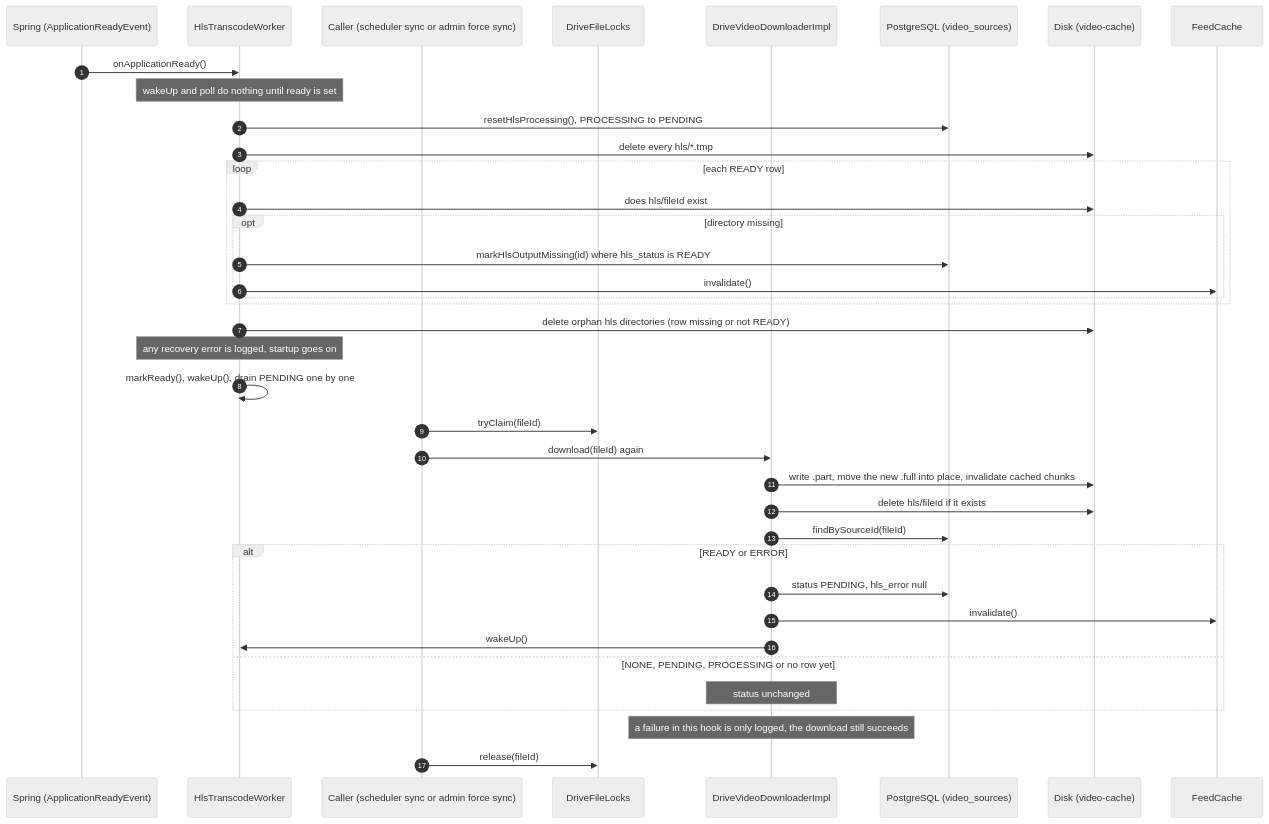
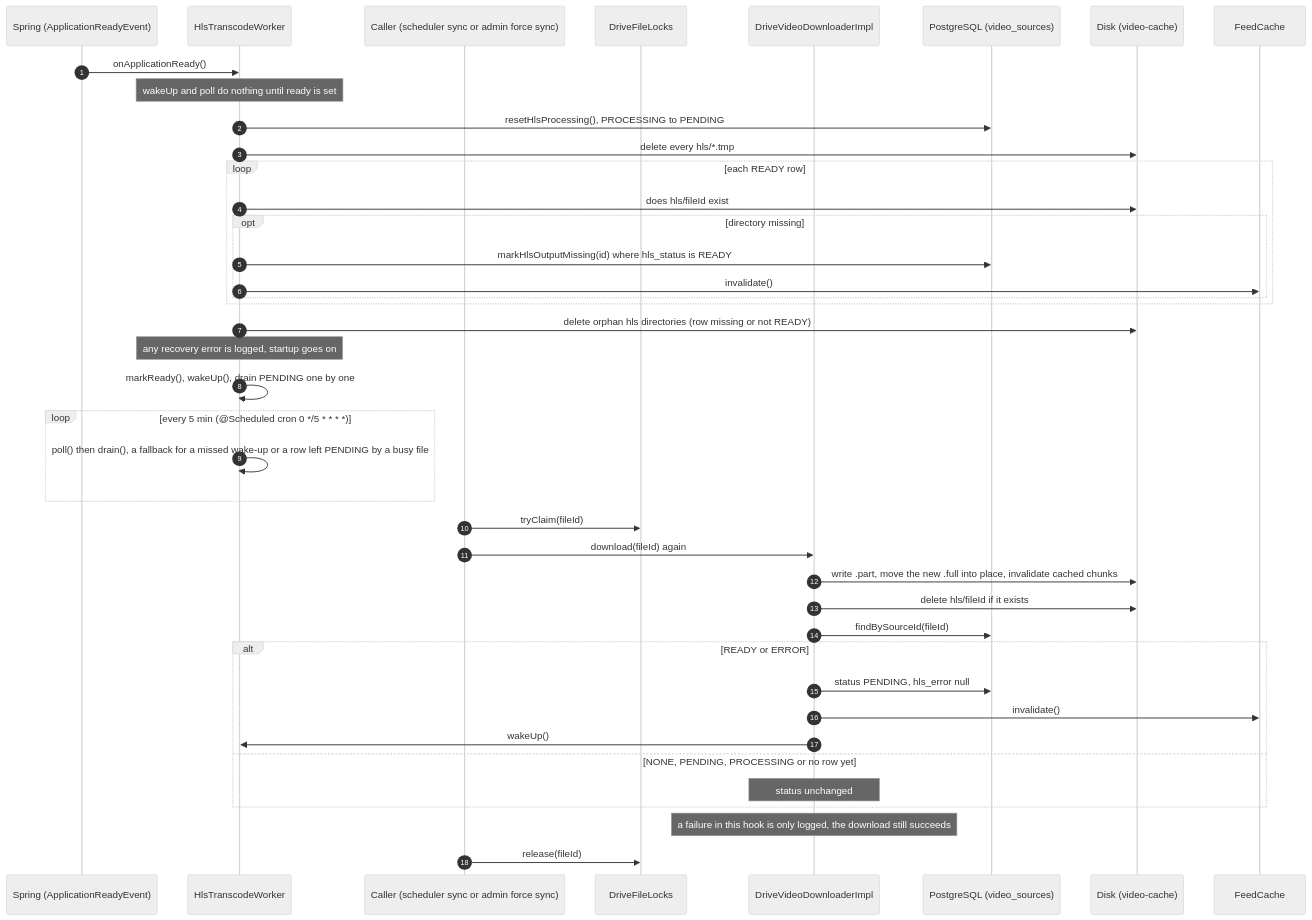
The sixth of 6 diagrams in docs/sequence/sequence-hls-streaming.md (nguyenhuuca/assessment), drawn with Mermaid (neutral theme) before and after one commit. The commit also changed other lines of this file and 16 other files, not shown here.

First line of the commit message:
docs(sequence): bring all sequence diagrams in line with the current code

````diff
--- a/docs/sequence/sequence-hls-streaming.md
+++ b/docs/sequence/sequence-hls-streaming.md
@@ -275,42 +291,45 @@
 ```mermaid
 sequenceDiagram
     autonumber
     participant App as Spring (ApplicationReadyEvent)
     participant W as HlsTranscodeWorker
     participant C as Caller (scheduler sync or admin force sync)
     participant L as DriveFileLocks
     participant D as DriveVideoDownloaderImpl
     participant DB as PostgreSQL (video_sources)
     participant FS as Disk (video-cache)
     participant FC as FeedCache
 
     App->>W: onApplicationReady()
     Note over W: wakeUp and poll do nothing until ready is set
     W->>DB: resetHlsProcessing(), PROCESSING to PENDING
     W->>FS: delete every hls/*.tmp
     loop each READY row
         W->>FS: does hls/fileId exist
         opt directory missing
             W->>DB: markHlsOutputMissing(id) where hls_status is READY
             W->>FC: invalidate()
         end
     end
     W->>FS: delete orphan hls directories (row missing or not READY)
     Note over W: any recovery error is logged, startup goes on
     W->>W: markReady(), wakeUp(), drain PENDING one by one
+    loop every 5 min (@Scheduled cron 0 */5 * * * *)
+        W->>W: poll() then drain(), a fallback for a missed wake-up or a row left PENDING by a busy file
+    end
 
     C->>L: tryClaim(fileId)
     C->>D: download(fileId) again
     D->>FS: write .part, move the new .full into place, invalidate cached chunks
     D->>FS: delete hls/fileId if it exists
     D->>DB: findBySourceId(fileId)
     alt READY or ERROR
         D->>DB: status PENDING, hls_error null
         D->>FC: invalidate()
         D->>W: wakeUp()
     else NONE, PENDING, PROCESSING or no row yet
         Note over D: status unchanged
     end
     Note over D: a failure in this hook is only logged, the download still succeeds
     C->>L: release(fileId)
 ```
````
